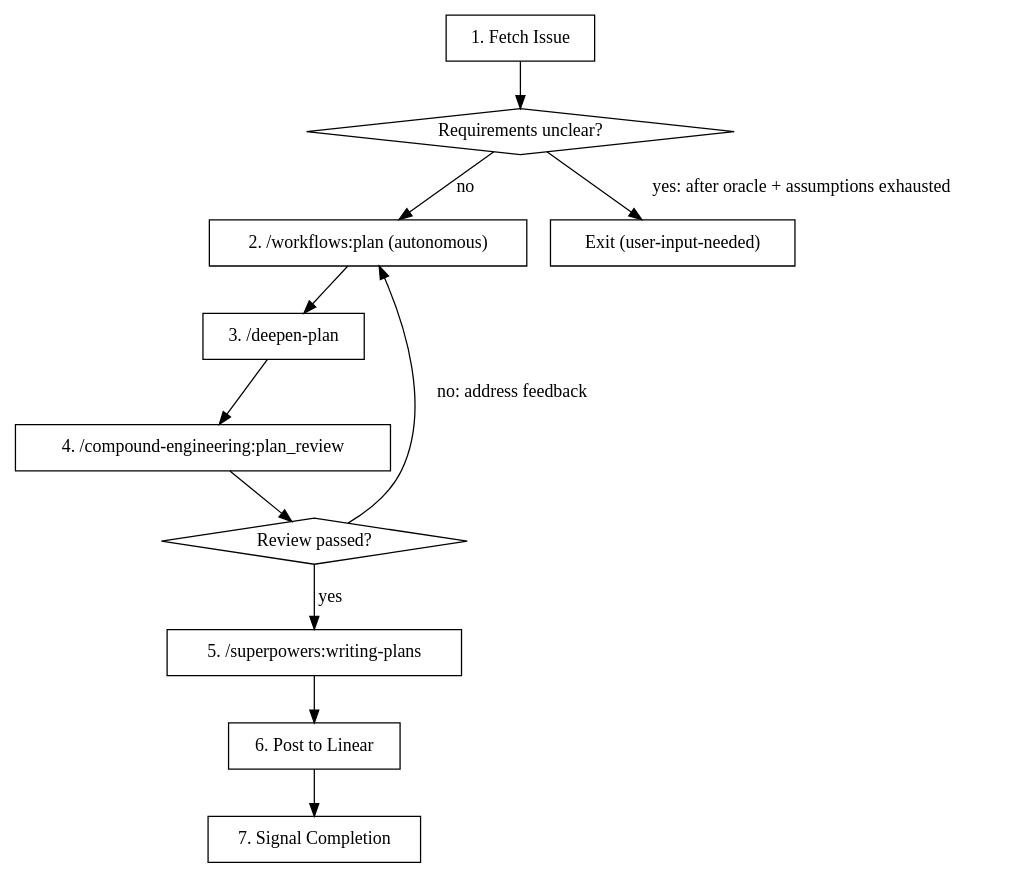
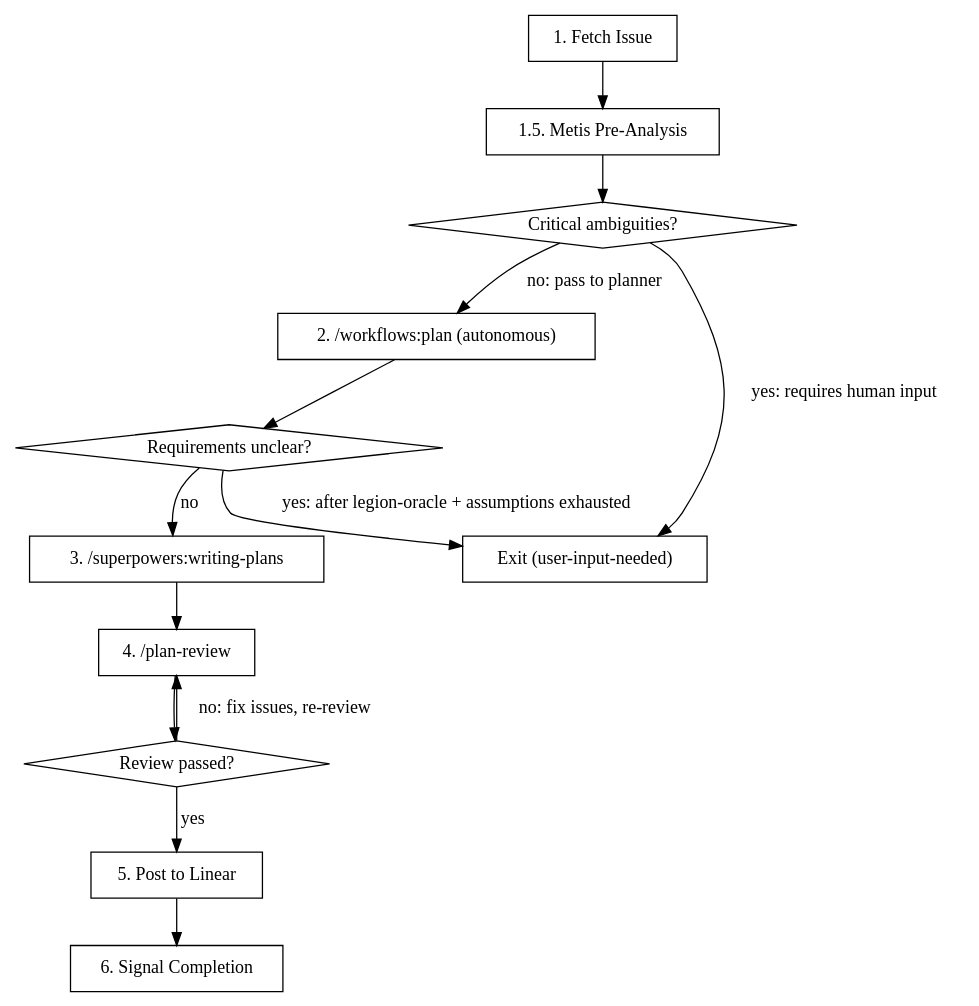
The diagram in .claude/skills/legion-worker/workflows/plan.md (sjawhar/legion), drawn with Graphviz before and after one commit. The commit also changed other lines of this file and 148 other files, not shown here.

````diff
--- a/.claude/skills/legion-worker/workflows/plan.md
+++ b/.claude/skills/legion-worker/workflows/plan.md
@@ -7,28 +7,31 @@
 ```dot
 digraph plan_workflow {
     rankdir=TB;
     node [shape=box];
 
     fetch [label="1. Fetch Issue"];
+    metis [label="1.5. Metis Pre-Analysis"];
+    critical [label="Critical ambiguities?" shape=diamond];
+    research_plan [label="2. /workflows:plan (autonomous)"];
     unclear [label="Requirements unclear?" shape=diamond];
-    research_plan [label="2. /workflows:plan (autonomous)"];
-    deepen [label="3. /deepen-plan"];
-    review [label="4. /compound-engineering:plan_review"];
+    executable [label="3. /superpowers:writing-plans"];
+    review [label="4. /plan-review"];
     passed [label="Review passed?" shape=diamond];
-    executable [label="5. /superpowers:writing-plans"];
-    post [label="6. Post to Linear"];
-    complete [label="7. Signal Completion"];
+    post [label="5. Post to Linear"];
+    complete [label="6. Signal Completion"];
     exit_unclear [label="Exit (user-input-needed)"];
 
-    fetch -> unclear;
-    unclear -> exit_unclear [label="yes: after oracle + assumptions exhausted"];
-    unclear -> research_plan [label="no"];
-    research_plan -> deepen;
-    deepen -> review;
+    fetch -> metis;
+    metis -> critical;
+    critical -> exit_unclear [label="yes: requires human input"];
+    critical -> research_plan [label="no: pass to planner"];
+    research_plan -> unclear;
+    unclear -> exit_unclear [label="yes: after legion-oracle + assumptions exhausted"];
+    unclear -> executable [label="no"];
+    executable -> review;
     review -> passed;
-    passed -> research_plan [label="no: address feedback"];
-    passed -> executable [label="yes"];
-    executable -> post;
+    passed -> review [label="no: fix issues, re-review"];
+    passed -> post [label="yes"];
     post -> complete;
 }
 ```
````
